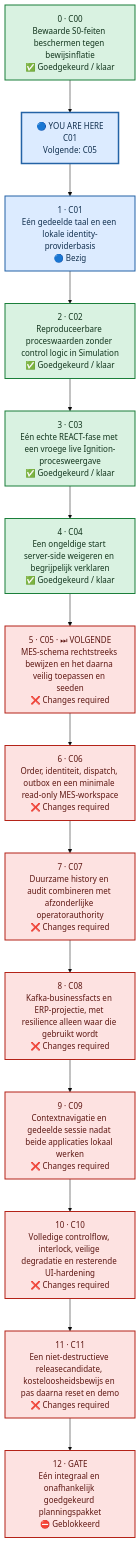
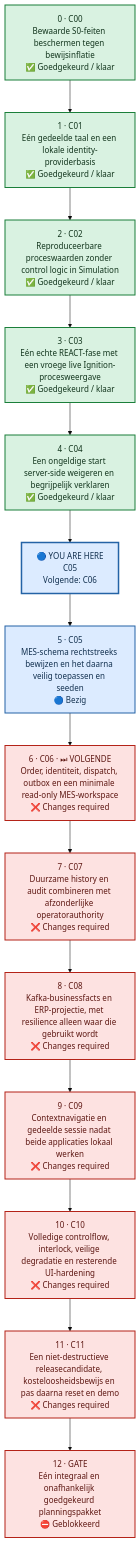
Before and after one commit to Jandesch91/n1-bioforge-requirements-cockpit: the second of 2 diagrams in README.md, drawn with Mermaid (base theme). The commit also changed other lines of this file and 3 other files, not shown here.

````diff
--- a/README.md
+++ b/README.md
@@ -50,41 +50,41 @@
 ```mermaid
 %%{init: {"flowchart": {"curve": "linear", "nodeSpacing": 55, "rankSpacing": 65, "htmlLabels": true}}}%%
 flowchart TB
     %% One vertical lane: order is explicit and no dependency arrows cross.
     chunk_0["0 · C00<br/>Bewaarde S0-feiten beschermen tegen bewijsinflatie<br/>✅ Goedgekeurd / klaar"]
-    chunk_1["1 · C01<br/>Eén gedeelde taal en een lokale identity-providerbasis<br/>🔵 Bezig"]
+    chunk_1["1 · C01<br/>Eén gedeelde taal en een lokale identity-providerbasis<br/>✅ Goedgekeurd / klaar"]
     chunk_2["2 · C02<br/>Reproduceerbare proceswaarden zonder control logic in Simulation<br/>✅ Goedgekeurd / klaar"]
     chunk_3["3 · C03<br/>Eén echte REACT-fase met een vroege live Ignition-procesweergave<br/>✅ Goedgekeurd / klaar"]
     chunk_4["4 · C04<br/>Een ongeldige start server-side weigeren en begrijpelijk verklaren<br/>✅ Goedgekeurd / klaar"]
-    chunk_5["5 · C05 · ⏭ VOLGENDE<br/>MES-schema rechtstreeks bewijzen en het daarna veilig toepassen en seeden<br/>❌ Changes required"]
-    chunk_6["6 · C06<br/>Order, identiteit, dispatch, outbox en een minimale read-only MES-workspace<br/>❌ Changes required"]
+    chunk_5["5 · C05<br/>MES-schema rechtstreeks bewijzen en het daarna veilig toepassen en seeden<br/>🔵 Bezig"]
+    chunk_6["6 · C06 · ⏭ VOLGENDE<br/>Order, identiteit, dispatch, outbox en een minimale read-only MES-workspace<br/>❌ Changes required"]
     chunk_7["7 · C07<br/>Duurzame history en audit combineren met afzonderlijke operatorauthority<br/>❌ Changes required"]
     chunk_8["8 · C08<br/>Kafka-businessfacts en ERP-projectie, met resilience alleen waar die gebruikt wordt<br/>❌ Changes required"]
     chunk_9["9 · C09<br/>Contextnavigatie en gedeelde sessie nadat beide applicaties lokaal werken<br/>❌ Changes required"]
     chunk_10["10 · C10<br/>Volledige controlflow, interlock, veilige degradatie en resterende UI-hardening<br/>❌ Changes required"]
     chunk_11["11 · C11<br/>Een niet-destructieve releasecandidate, kosteloosheidsbewijs en pas daarna reset en demo<br/>❌ Changes required"]
     chunk_12["12 · GATE<br/>Eén integraal en onafhankelijk goedgekeurd planningspakket<br/>⛔ Geblokkeerd"]
-    current_marker["🔵 YOU ARE HERE<br/>C01<br/>Volgende: C05"]
-    chunk_0 --> current_marker --> chunk_1 --> chunk_2 --> chunk_3 --> chunk_4 --> chunk_5 --> chunk_6 --> chunk_7 --> chunk_8 --> chunk_9 --> chunk_10 --> chunk_11 --> chunk_12
+    current_marker["🔵 YOU ARE HERE<br/>C05<br/>Volgende: C06"]
+    chunk_0 --> chunk_1 --> chunk_2 --> chunk_3 --> chunk_4 --> current_marker --> chunk_5 --> chunk_6 --> chunk_7 --> chunk_8 --> chunk_9 --> chunk_10 --> chunk_11 --> chunk_12
     classDef approved fill:#D9F2E1,stroke:#1B7F3A,color:#12351D,stroke-width:2px
     classDef inprogress fill:#DCEBFF,stroke:#2463A6,color:#12304F,stroke-width:2px
     classDef human fill:#FFF2BF,stroke:#A66B00,color:#4D3300,stroke-width:2px
     classDef changes fill:#FDE2E1,stroke:#B42318,color:#5D1712,stroke-width:2px
     classDef blocked fill:#FDE2E1,stroke:#B42318,color:#5D1712,stroke-width:2px
     classDef notstarted fill:#F2F4F7,stroke:#667085,color:#344054,stroke-width:2px
     classDef current fill:#DCEBFF,stroke:#2463A6,color:#12304F,stroke-width:3px
     class chunk_0 approved
-    class chunk_1 inprogress
+    class chunk_1 approved
     class chunk_2 approved
     class chunk_3 approved
     class chunk_4 approved
-    class chunk_5 changes
+    class chunk_5 inprogress
     class chunk_6 changes
     class chunk_7 changes
     class chunk_8 changes
     class chunk_9 changes
     class chunk_10 changes
     class chunk_11 changes
     class chunk_12 blocked
     class current_marker current
 ```
````
